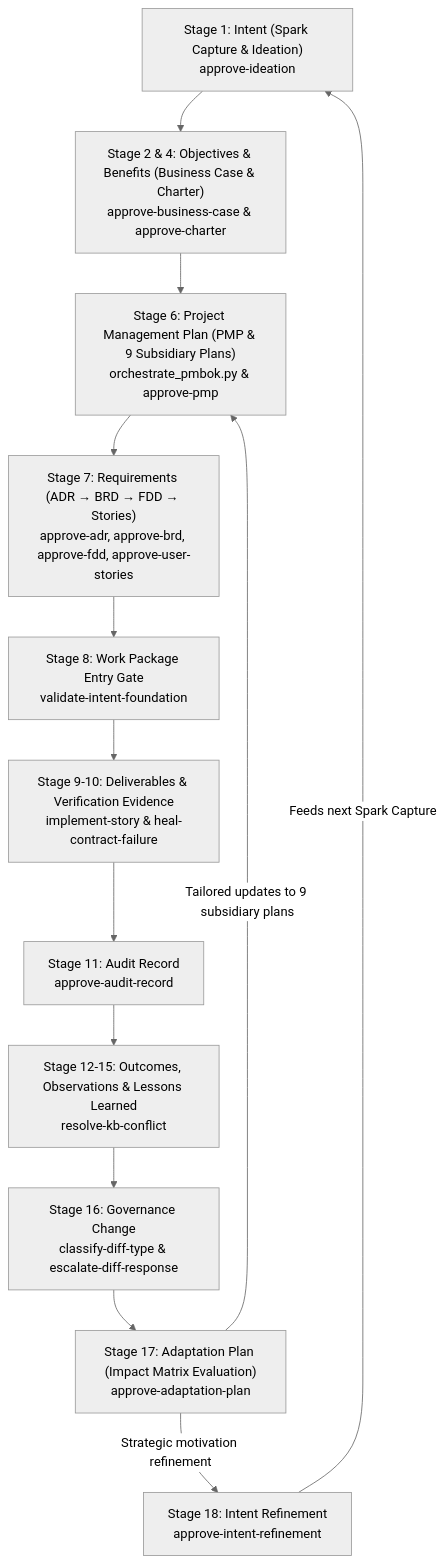
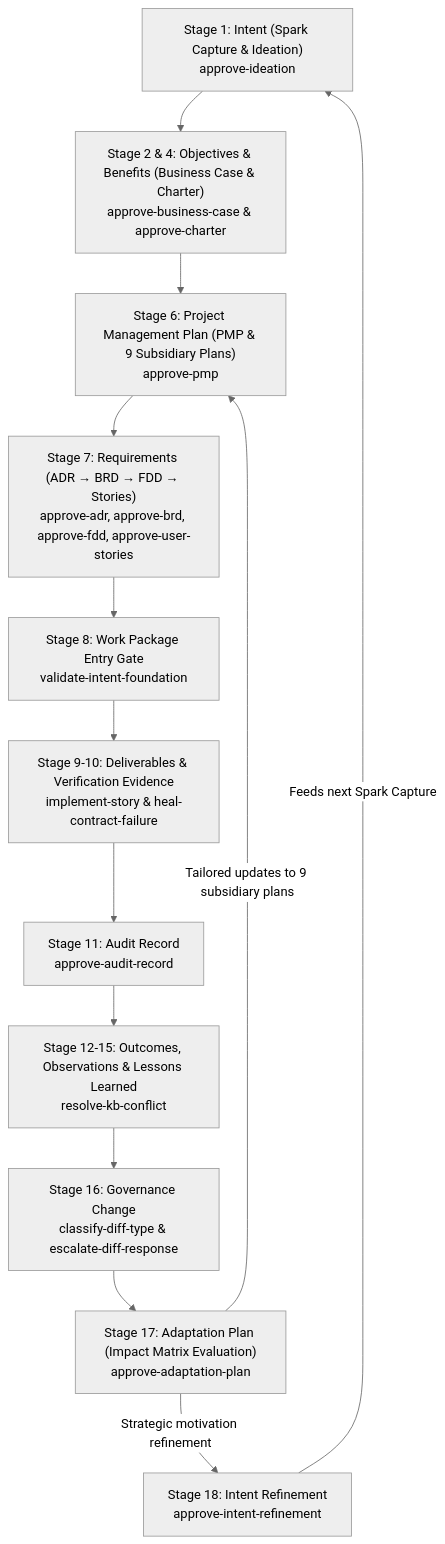
The diagram in README.md (mdresch/sidpa-template), drawn with Mermaid (neutral theme) before and after one commit. The commit also changed other lines of this file and 133 other files, not shown here.

````diff
--- a/README.md
+++ b/README.md
@@ -99,15 +77,15 @@
 ```mermaid
 flowchart TD
     SPARK["Stage 1: Intent (Spark Capture & Ideation)<br/>approve-ideation"] --> CHARTER["Stage 2 & 4: Objectives & Benefits (Business Case & Charter)<br/>approve-business-case & approve-charter"]
-    CHARTER --> PMP["Stage 6: Project Management Plan (PMP & 9 Subsidiary Plans)<br/>orchestrate_pmbok.py & approve-pmp"]
+    CHARTER --> PMP["Stage 6: Project Management Plan (PMP & 9 Subsidiary Plans)<br/>approve-pmp"]
     PMP --> REQ["Stage 7: Requirements (ADR → BRD → FDD → Stories)<br/>approve-adr, approve-brd, approve-fdd, approve-user-stories"]
     REQ --> WP["Stage 8: Work Package Entry Gate<br/>validate-intent-foundation"]
     WP --> EXEC["Stage 9-10: Deliverables & Verification Evidence<br/>implement-story & heal-contract-failure"]
     EXEC --> AUDIT["Stage 11: Audit Record<br/>approve-audit-record"]
     AUDIT --> OUTCOME["Stage 12-15: Outcomes, Observations & Lessons Learned<br/>resolve-kb-conflict"]
     OUTCOME --> GOV["Stage 16: Governance Change<br/>classify-diff-type & escalate-diff-response"]
     GOV --> ADAPT["Stage 17: Adaptation Plan (Impact Matrix Evaluation)<br/>approve-adaptation-plan"]
     ADAPT -->|"Tailored updates to 9 subsidiary plans"| PMP
     ADAPT -->|"Strategic motivation refinement"| REFINE["Stage 18: Intent Refinement<br/>approve-intent-refinement"]
     REFINE -->|"Feeds next Spark Capture"| SPARK
 ```
````
